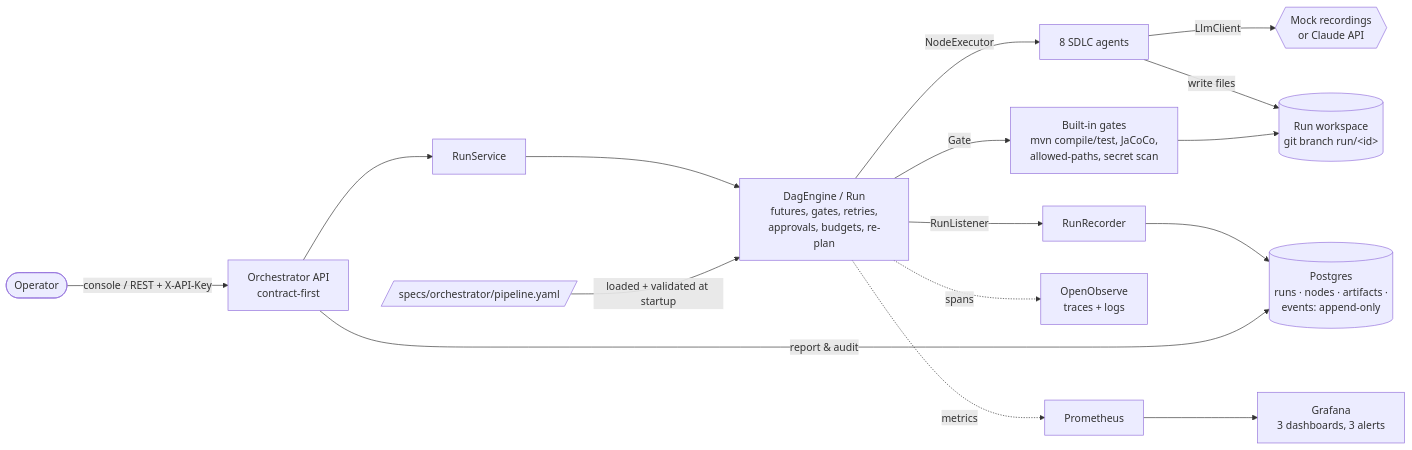
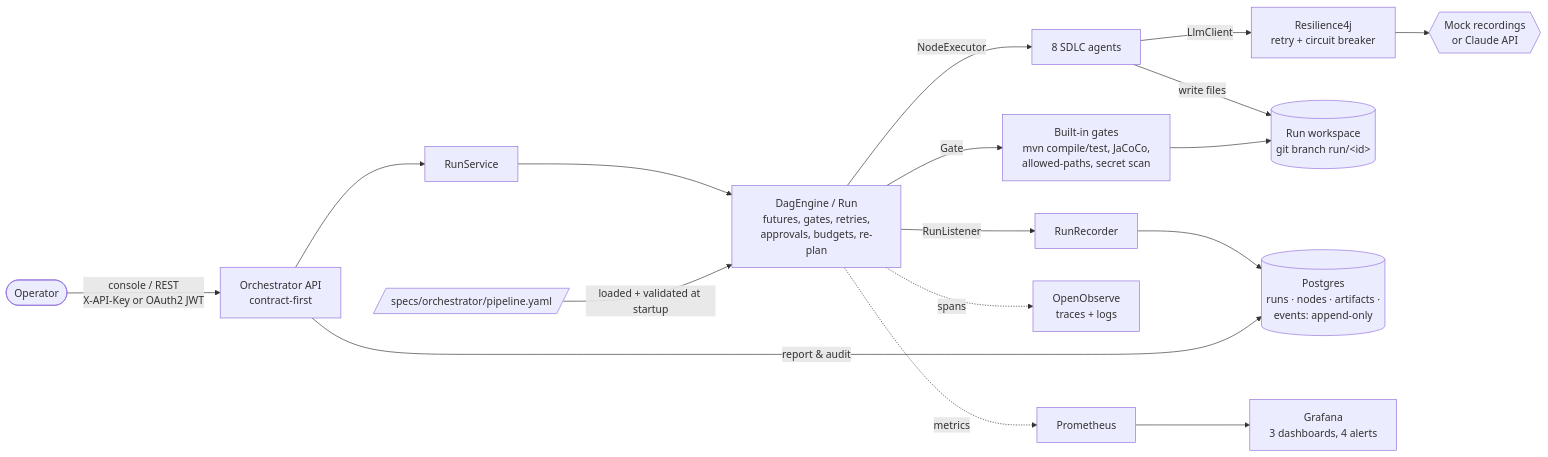
One commit to saiteja2024/Agentic-Url-Shortner changed the first of 3 diagrams in docs/architecture.md. Above: the diagram before and after it, drawn with Mermaid. The commit also changed other lines of this file and 34 other files, not shown here.

First line of the commit message:
Add OAuth2 JWT scopes and a Resilience4j circuit breaker for model calls

````diff
--- a/docs/architecture.md
+++ b/docs/architecture.md
@@ -9,17 +9,18 @@
 ```mermaid
 flowchart LR
-    human([Operator]) -->|console / REST + X-API-Key| api[Orchestrator API<br/>contract-first]
+    human([Operator]) -->|console / REST<br/>X-API-Key or OAuth2 JWT| api[Orchestrator API<br/>contract-first]
     api --> svc[RunService]
     svc --> engine[DagEngine / Run<br/>futures, gates, retries,<br/>approvals, budgets, re-plan]
     engine -->|NodeExecutor| agents[8 SDLC agents]
-    agents -->|LlmClient| llm{{Mock recordings<br/>or Claude API}}
+    agents -->|LlmClient| cb[Resilience4j<br/>retry + circuit breaker]
+    cb --> llm{{Mock recordings<br/>or Claude API}}
     agents -->|write files| ws[(Run workspace<br/>git branch run/&lt;id&gt;)]
     engine -->|Gate| gates[Built-in gates<br/>mvn compile/test, JaCoCo,<br/>allowed-paths, secret scan]
     gates --> ws
     engine -->|RunListener| rec[RunRecorder]
     rec --> pg[(Postgres<br/>runs · nodes · artifacts ·<br/>events: append-only)]
     api -->|report & audit| pg
     engine -. spans .-> otel[OpenObserve<br/>traces + logs]
-    engine -. metrics .-> prom[Prometheus] --> graf[Grafana<br/>3 dashboards, 3 alerts]
+    engine -. metrics .-> prom[Prometheus] --> graf[Grafana<br/>3 dashboards, 4 alerts]
     spec[/specs/orchestrator/pipeline.yaml/] -->|loaded + validated at startup| engine
 ```
````
